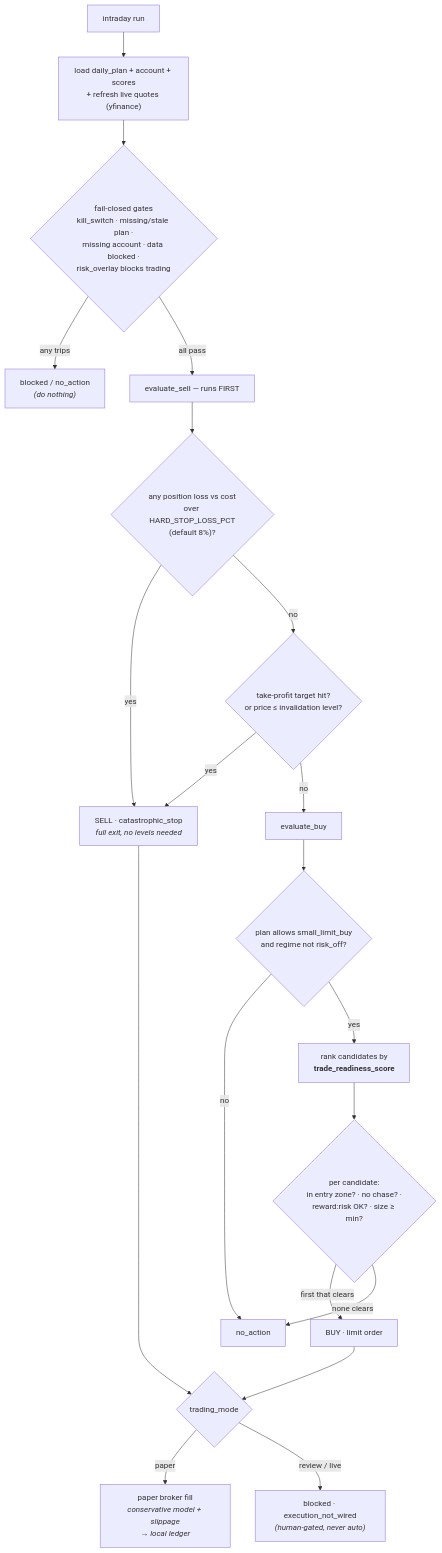
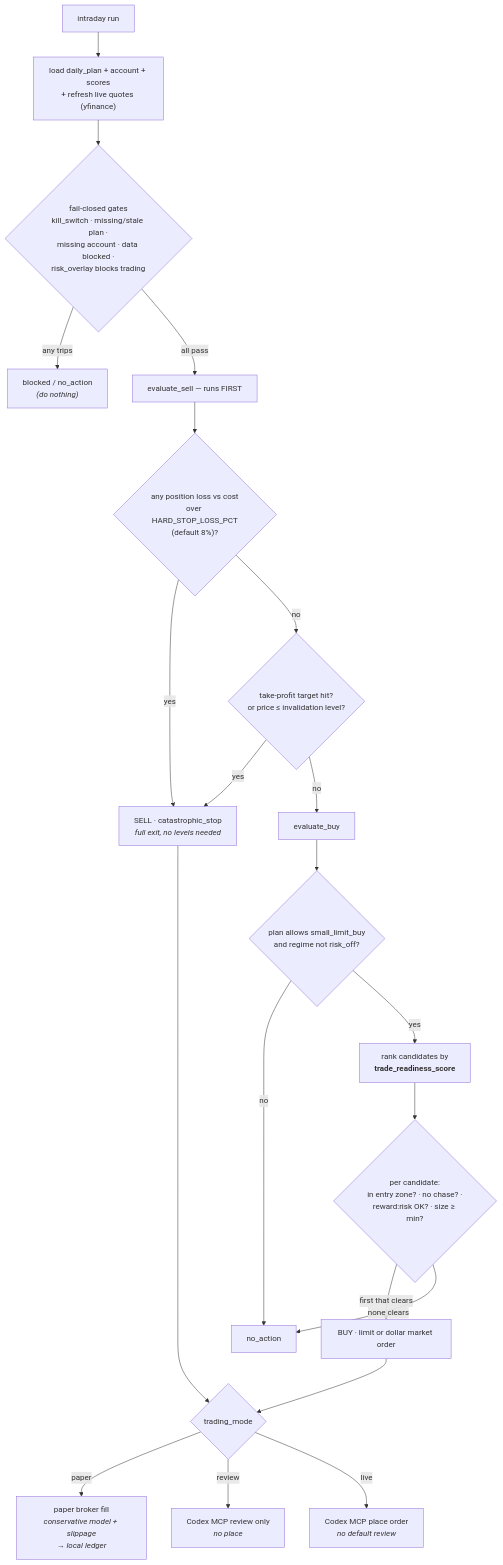
Before and after one commit to poi233/robinhood-codex-agent: the third of 3 diagrams in README.md, drawn with Mermaid. The commit also changed other lines of this file and 9 other files, not shown here.

Commit message:
Wire live dollar-amount Robinhood orders

````diff
--- a/README.md
+++ b/README.md
@@ -147,25 +148,26 @@
 ```mermaid
 flowchart TD
     Start["intraday run"] --> Load["load daily_plan + account + scores<br/>+ refresh live quotes (yfinance)"]
     Load --> Gates{"fail-closed gates<br/>kill_switch · missing/stale plan ·<br/>missing account · data blocked ·<br/>risk_overlay blocks trading"}
     Gates -->|any trips| Blocked["blocked / no_action<br/><i>(do nothing)</i>"]
 
     Gates -->|all pass| Sell["evaluate_sell — runs FIRST"]
     Sell --> HS{"any position loss vs cost<br/>over HARD_STOP_LOSS_PCT<br/>(default 8%)?"}
     HS -->|yes| SellOrder["SELL · catastrophic_stop<br/><i>full exit, no levels needed</i>"]
     HS -->|no| Exit{"take-profit target hit?<br/>or price ≤ invalidation level?"}
     Exit -->|yes| SellOrder
     Exit -->|no| Buy["evaluate_buy"]
 
     Buy --> Allowed{"plan allows small_limit_buy<br/>and regime not risk_off?"}
     Allowed -->|no| NoAction["no_action"]
     Allowed -->|yes| Rank["rank candidates by<br/><b>trade_readiness_score</b>"]
     Rank --> PriceGate{"per candidate:<br/>in entry zone? · no chase? ·<br/>reward:risk OK? · size ≥ min?"}
-    PriceGate -->|first that clears| BuyOrder["BUY · limit order"]
+    PriceGate -->|first that clears| BuyOrder["BUY · limit or dollar market order"]
     PriceGate -->|none clears| NoAction
 
     SellOrder --> Mode{"trading_mode"}
     BuyOrder --> Mode
     Mode -->|paper| Fill["paper broker fill<br/><i>conservative model + slippage<br/>→ local ledger</i>"]
-    Mode -->|review / live| Unwired["blocked · execution_not_wired<br/><i>(human-gated, never auto)</i>"]
+    Mode -->|review| Review["Codex MCP review only<br/><i>no place</i>"]
+    Mode -->|live| Place["Codex MCP place order<br/><i>no default review</i>"]
 ```
````
